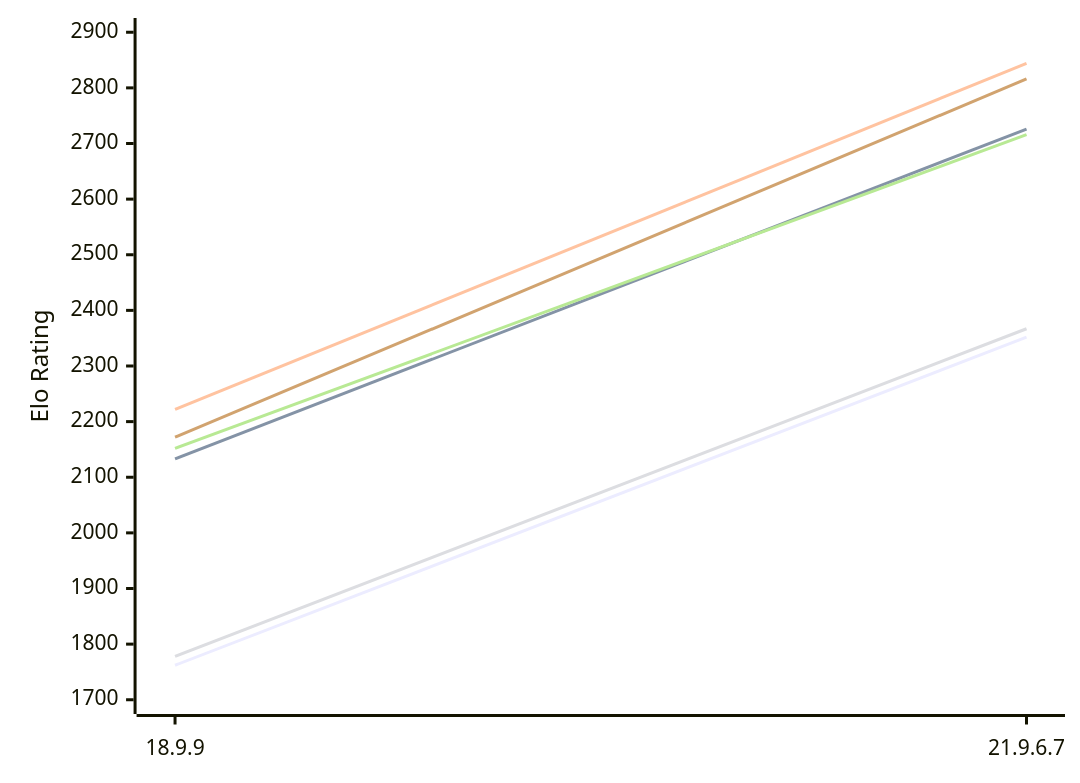
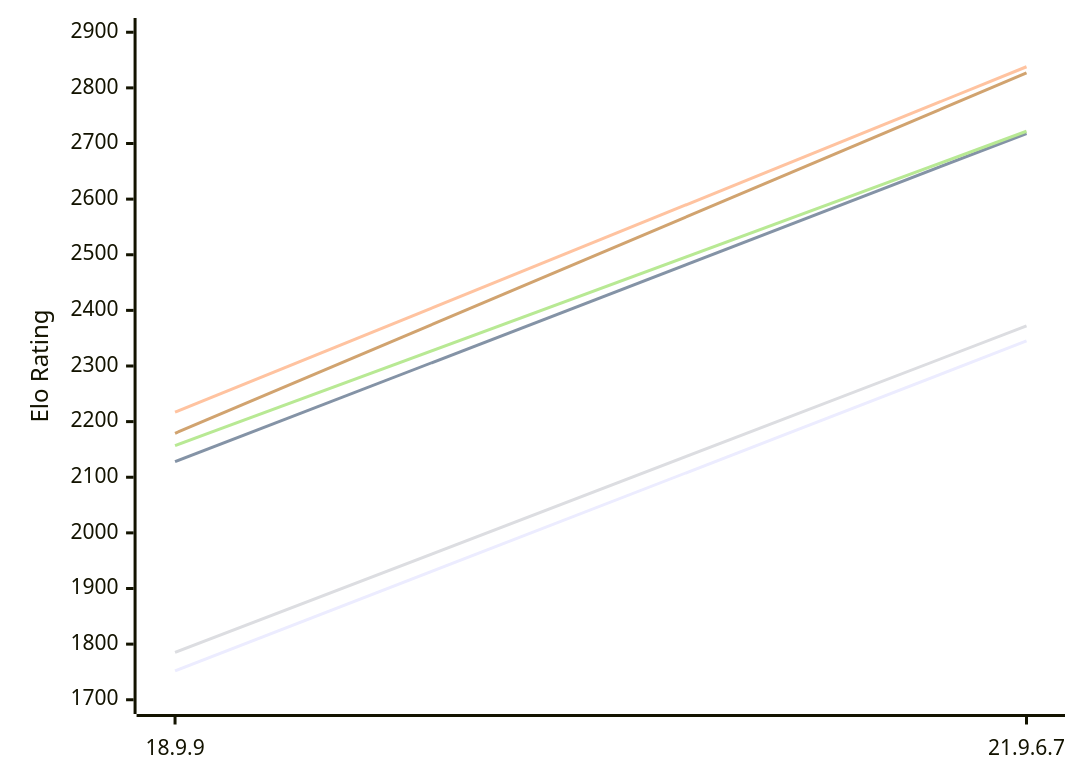
One commit to computer-chess-index/cci changed the diagram in engines/RuthIron.md. Above: the diagram before and after it, drawn with Mermaid. The commit also changed other lines of this file, not shown here.

Commit message:
Update CCI Ratings (ELO VLTC) - 2026-11-18

````diff
--- a/engines/RuthIron.md
+++ b/engines/RuthIron.md
@@ -49,12 +49,12 @@
 ```mermaid
 %%{init: {"theme":"base","themeVariables":{"seriesColors:['#a3a3a3','#222221','#faa371']}}}%%
 xychart-beta
   x-axis ["18.9.9", "21.9.6.7"]
   y-axis "Elo Rating" 1700 --> 2900
-  line "E1: STC (8.0+0.08s)" [1762, 2352]
-  line "E1: LTC (60.0+0.60s)" [2133, 2726]
-  line "E1: VLTC (2m24s+1.12s)" [2222, 2844]
-  line "P1: STC (8.0+0.08s)" [1778, 2367]
-  line "P1: LTC (60.0+0.60s)" [2152, 2716]
-  line "P1: VLTC (2m24s+1.12s)" [2172, 2816]
+  line "E1: STC (8.0+0.08s)" [1752, 2345]
+  line "E1: LTC (60.0+0.60s)" [2128, 2718]
+  line "E1: VLTC (2m24s+1.12s)" [2217, 2838]
+  line "P1: STC (8.0+0.08s)" [1785, 2372]
+  line "P1: LTC (60.0+0.60s)" [2157, 2722]
+  line "P1: VLTC (2m24s+1.12s)" [2179, 2827]
 ```
````
